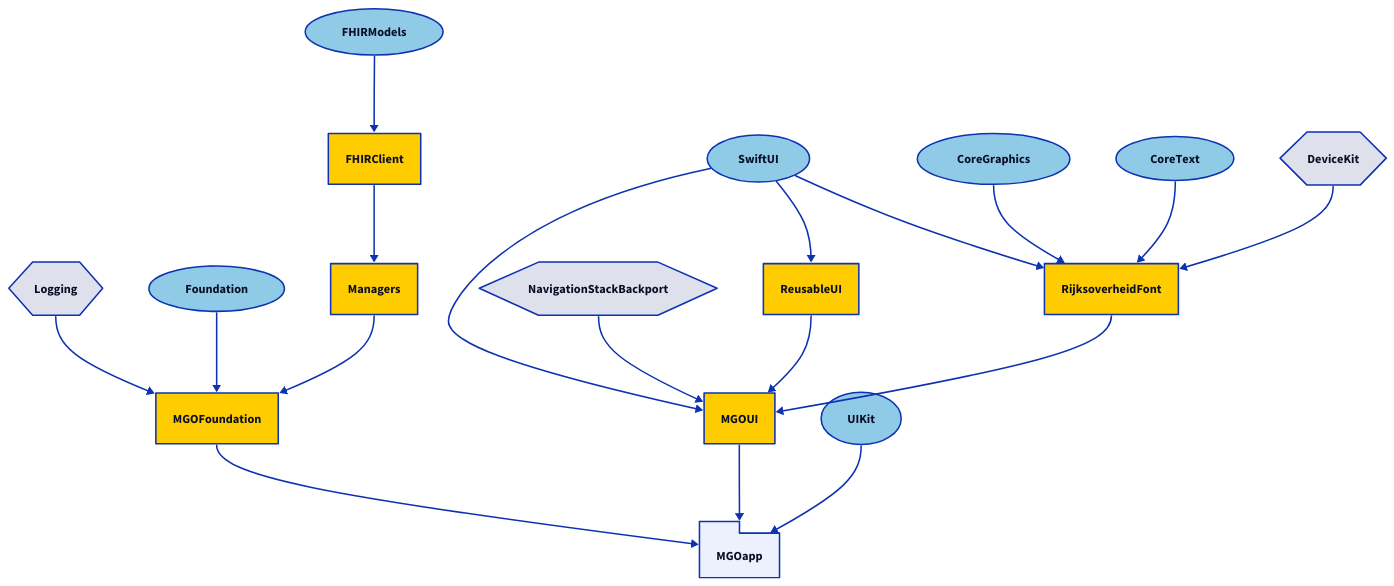
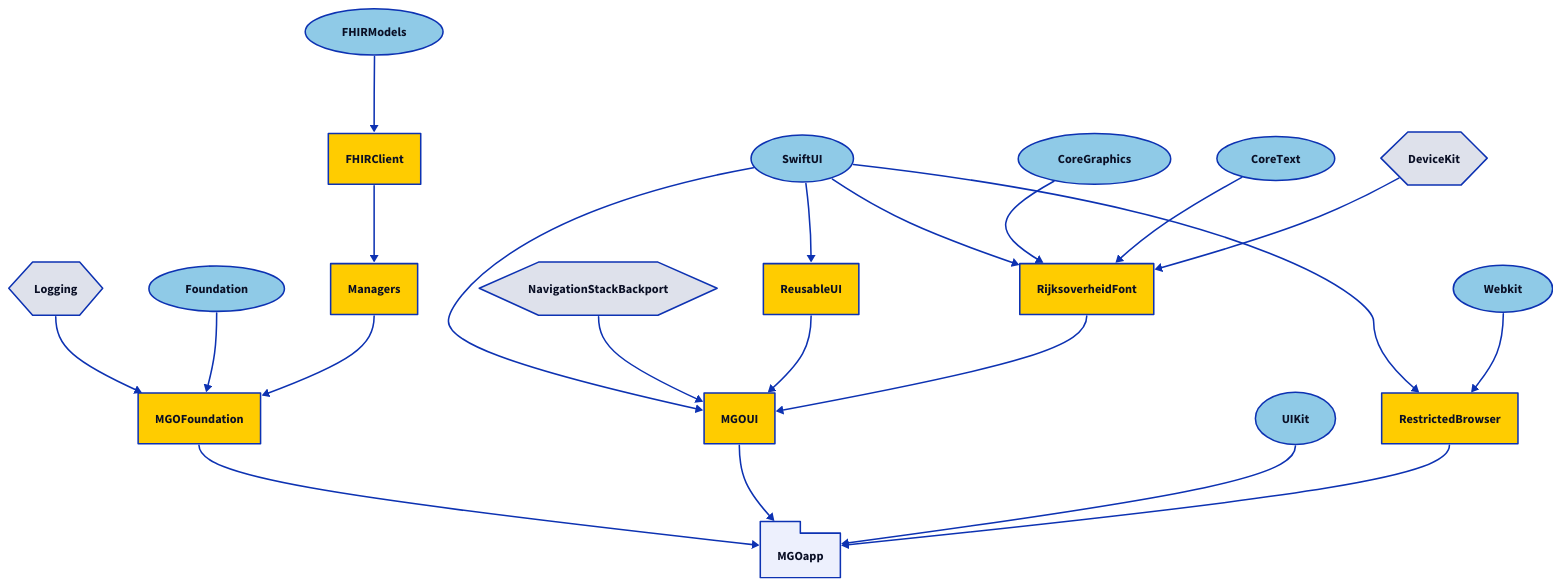
The diagram in Diagrams/packages-withouttests.d2 (minvws/nl-mgo-app-ios), drawn with D2 before and after one commit. The commit also changed 11 other files, not shown here.

Commit message:
feat: Restricted Browser

```diff
--- a/Diagrams/packages-withouttests.d2
+++ b/Diagrams/packages-withouttests.d2
@@ -1,76 +1,85 @@
 direction: down
 
 # Apple
 UIKit: {
   shape: oval
   style.fill: "#8FCAE7"
 }
 SwiftUI: {
+  shape: oval
+  style.fill: "#8FCAE7"
+}
+Webkit: {
   shape: oval
   style.fill: "#8FCAE7"
 }
 Foundation: {
   shape: oval
   style.fill: "#8FCAE7"
 }
 CoreGraphics: {
   shape: oval
   style.fill: "#8FCAE7"
 }
 CoreText: {
   shape: oval
   style.fill: "#8FCAE7"
 }
 FHIRModels: {
   shape: oval
   style.fill: "#8FCAE7"
 }
 
 # Third-Party
 NavigationStackBackport: {
   shape: hexagon
 }
 Logging: {
   shape: hexagon
 }
 DeviceKit: {
   shape: hexagon
 }
 
 # The application
 
 MGOapp: {
   shape: package
 }
 
 MGOapp <- MGOFoundation
 MGOapp <- MGOUI
 MGOapp <- UIKit
+MGOapp <- RestrictedBrowser
 
 # - Packages -
 
 MGOFoundation { style.fill: "#ffcc00" }
 MGOFoundation <- Logging
 MGOFoundation <- Foundation
 MGOFoundation <- Managers
 
 MGOUI { style.fill: "#ffcc00" }
 MGOUI <- SwiftUI
 MGOUI <- NavigationStackBackport
 MGOUI <- ReusableUI
 MGOUI <- RijksoverheidFont
 
 Managers { style.fill: "#ffcc00" }
 Managers <- FHIRClient
 
 RijksoverheidFont { style.fill: "#ffcc00" }
 RijksoverheidFont <- SwiftUI
 RijksoverheidFont <- CoreGraphics
 RijksoverheidFont <- CoreText
 RijksoverheidFont <- DeviceKit
 
 ReusableUI { style.fill: "#ffcc00" }
 ReusableUI <- SwiftUI
 
 FHIRClient { style.fill: "#ffcc00" }
 FHIRClient <- FHIRModels
+
+RestrictedBrowser { style.fill: "#ffcc00" }
+RestrictedBrowser <- SwiftUI
+RestrictedBrowser <- WebKit
```
